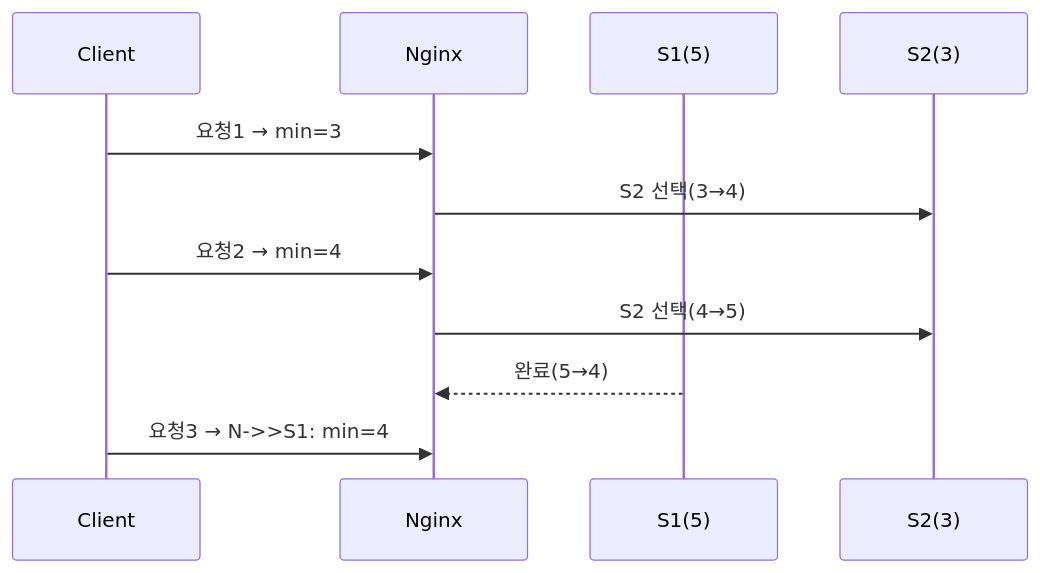
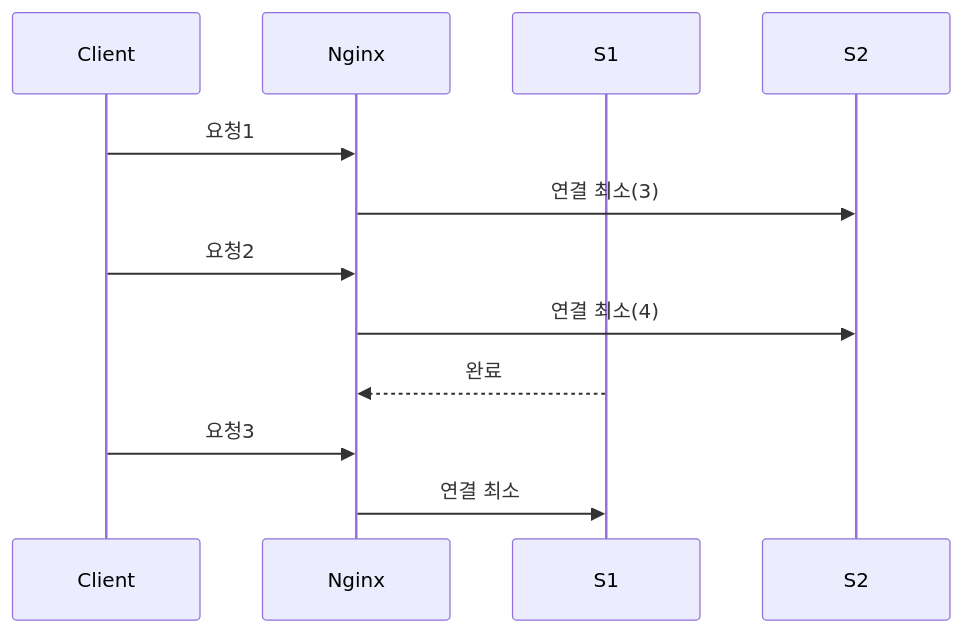
The tenth of 18 diagrams in _posts/server/2026-05-01-nginx.md (yjkim2015/yjkim2015.github.io), drawn with Mermaid before and after one commit. The commit also changed other lines of this file and 155 other files, not shown here.

First line of the commit message:
Mermaid 전면 수정: subgraph 제거, participant/노드/줄수 축소 (342블록)

````diff
--- a/_posts/server/2026-05-01-nginx.md
+++ b/_posts/server/2026-05-01-nginx.md
@@ -392,13 +375,14 @@
 ```mermaid
 sequenceDiagram
     participant C as Client
     participant N as Nginx
-    participant S1 as S1(5)
-    participant S2 as S2(3)
-    C->>N: 요청1 → min=3
-    N->>S2: S2 선택(3→4)
-    C->>N: 요청2 → min=4
-    N->>S2: S2 선택(4→5)
-    S1-->>N: 완료(5→4)
-    C->>N: 요청3 → N->>S1: min=4
+    participant S1 as S1
+    participant S2 as S2
+    C->>N: 요청1
+    N->>S2: 연결 최소(3)
+    C->>N: 요청2
+    N->>S2: 연결 최소(4)
+    S1-->>N: 완료
+    C->>N: 요청3
+    N->>S1: 연결 최소
 ```
````
